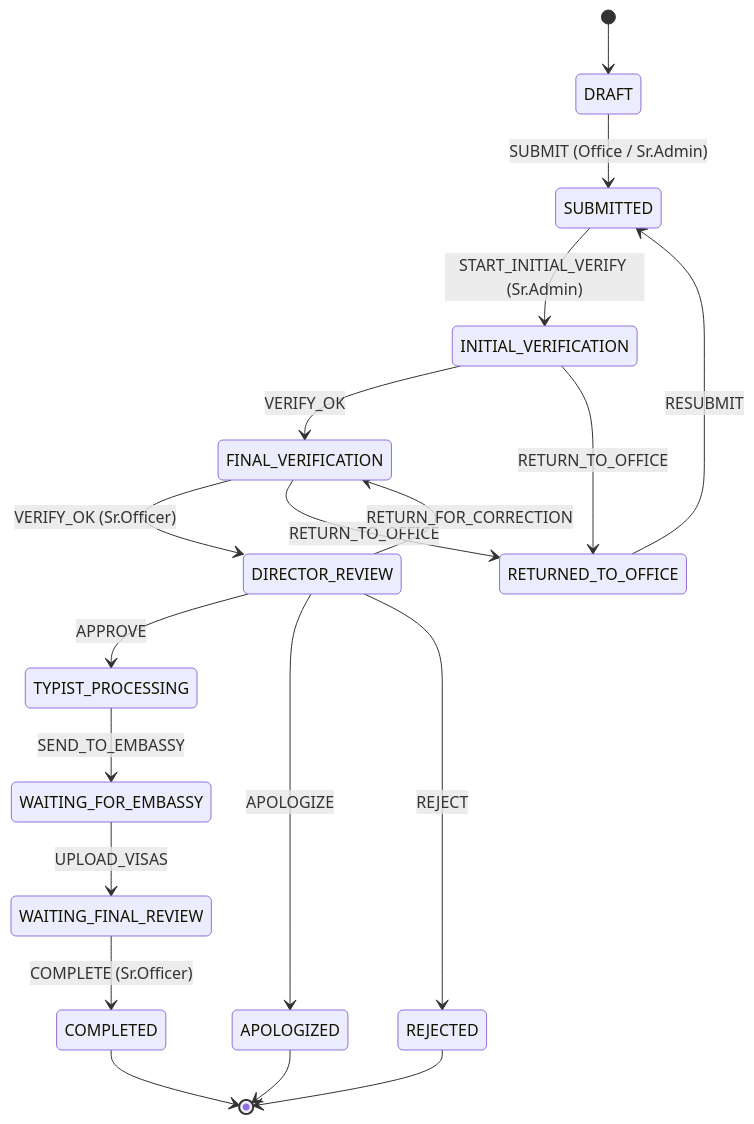
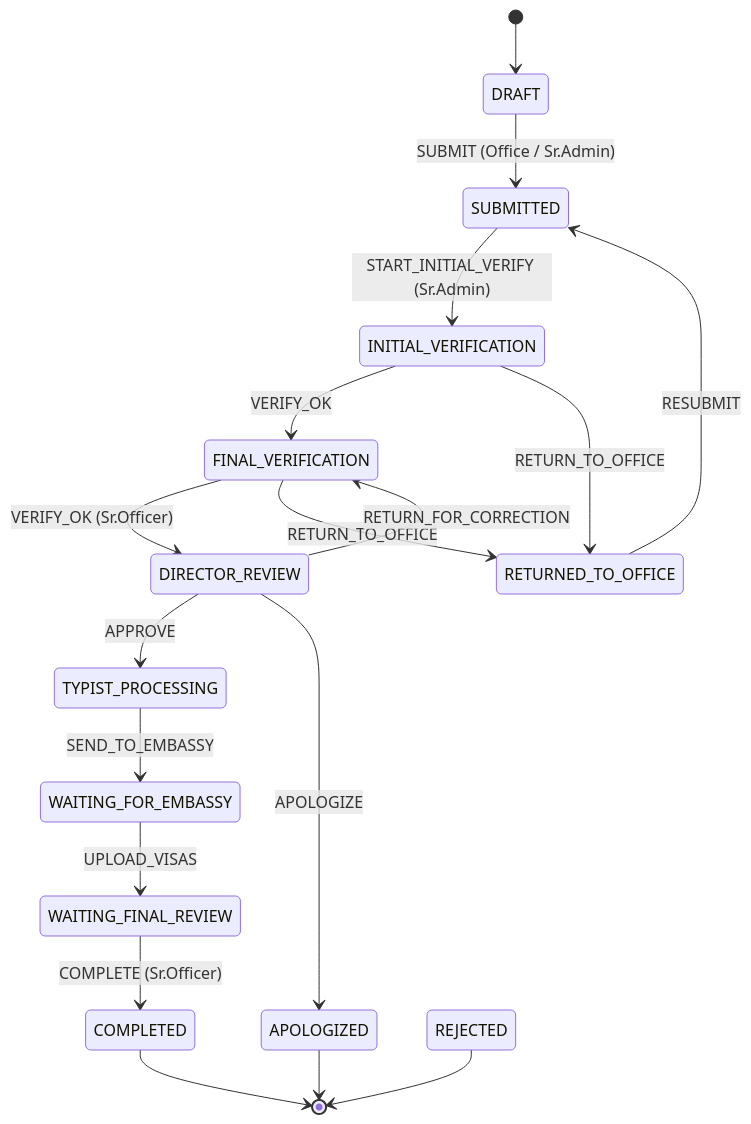
One commit to sfanwar/VMS changed the diagram in docs/03-workflow-state-machine.md. Above: the diagram before and after it, drawn with Mermaid. The commit also changed other lines of this file, not shown here.

First line of the commit message:
docs(workflow): remove DIRECTOR_REVIEW → REJECT transition

````diff
--- a/docs/03-workflow-state-machine.md
+++ b/docs/03-workflow-state-machine.md
@@ -49,21 +48,20 @@
 ```mermaid
 stateDiagram-v2
     [*] --> DRAFT
     DRAFT --> SUBMITTED: SUBMIT (Office / Sr.Admin)
     SUBMITTED --> INITIAL_VERIFICATION: START_INITIAL_VERIFY (Sr.Admin)
     INITIAL_VERIFICATION --> FINAL_VERIFICATION: VERIFY_OK
     INITIAL_VERIFICATION --> RETURNED_TO_OFFICE: RETURN_TO_OFFICE
     FINAL_VERIFICATION --> DIRECTOR_REVIEW: VERIFY_OK (Sr.Officer)
     FINAL_VERIFICATION --> RETURNED_TO_OFFICE: RETURN_TO_OFFICE
     DIRECTOR_REVIEW --> TYPIST_PROCESSING: APPROVE
     DIRECTOR_REVIEW --> FINAL_VERIFICATION: RETURN_FOR_CORRECTION
     DIRECTOR_REVIEW --> APOLOGIZED: APOLOGIZE
-    DIRECTOR_REVIEW --> REJECTED: REJECT
     TYPIST_PROCESSING --> WAITING_FOR_EMBASSY: SEND_TO_EMBASSY
     WAITING_FOR_EMBASSY --> WAITING_FINAL_REVIEW: UPLOAD_VISAS
     WAITING_FINAL_REVIEW --> COMPLETED: COMPLETE (Sr.Officer)
     RETURNED_TO_OFFICE --> SUBMITTED: RESUBMIT
     COMPLETED --> [*]
     APOLOGIZED --> [*]
     REJECTED --> [*]
 ```
````
